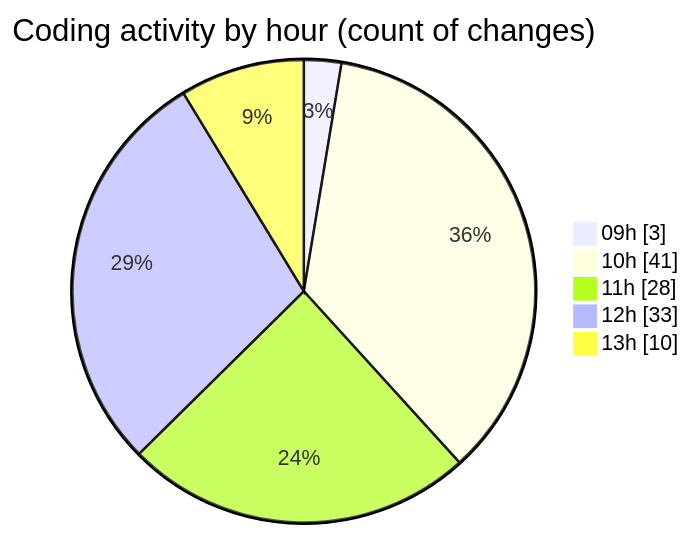
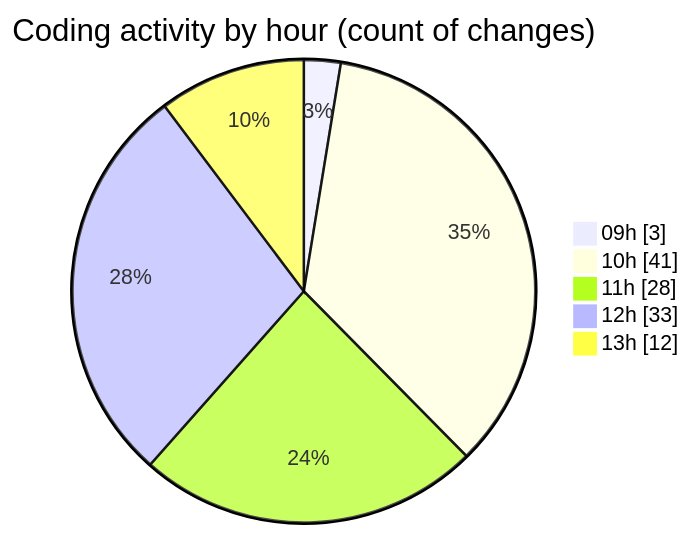
Before and after one commit to CELIANVF/code-tracking: the second of 2 diagrams in 2025-05-19/ecodeli-1/README.md, drawn with Mermaid. The commit also changed other lines of this file and 1 other file, not shown here.

````diff
--- a/2025-05-19/ecodeli-1/README.md
+++ b/2025-05-19/ecodeli-1/README.md
@@ -63,9 +63,9 @@
 ```mermaid
 pie showData
 title Coding activity by hour (count of changes)
 "09h" : 3
 "10h" : 41
 "11h" : 28
 "12h" : 33
-"13h" : 10
+"13h" : 12
 ```
````
